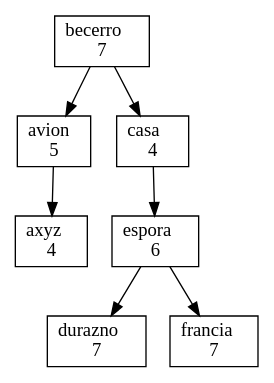
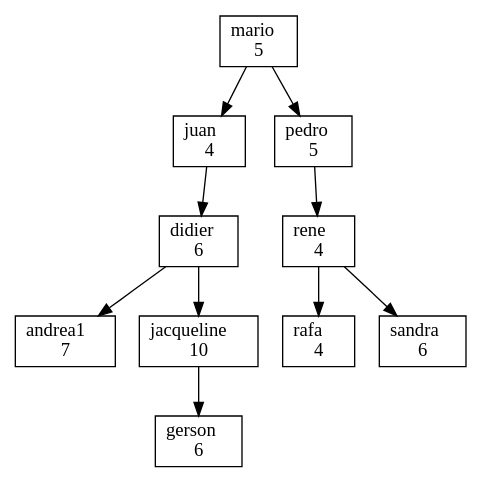
The diagram in EDD_Proyecto1/EDD_Proyecto1/ArbolBinarioBusqueda.dot (elJuanjoRamos/EDD_1S2020_PY1_201801262), drawn with Graphviz before and after one commit. The commit also changed 21 other files, not shown here.

```diff
--- a/EDD_Proyecto1/EDD_Proyecto1/ArbolBinarioBusqueda.dot
+++ b/EDD_Proyecto1/EDD_Proyecto1/ArbolBinarioBusqueda.dot
@@ -1,16 +1,22 @@
 digraph grafica{
 rankdir=TB;node [shape = record, style=filled, fillcolor=white];
-nodo1[ label ="becerro\l7"];
-nodo2[ label ="avion\l5"];
-nodo4 [ label ="axyz\l4"];
-nodo2->nodo4
+nodo1[ label ="mario\l5"];
+nodo3[ label ="juan\l4"];
+nodo4[ label ="didier\l6"];
+nodo9 [ label ="andrea1\l7"];
+nodo4->nodo9
+nodo5[ label ="jacqueline\l10"];
+nodo8 [ label ="gerson\l6"];
+nodo5->nodo8
+nodo4->nodo5
+nodo3->nodo4
+nodo1->nodo3
+nodo2[ label ="pedro\l5"];
+nodo6[ label ="rene\l4"];
+nodo7 [ label ="rafa\l4"];
+nodo6->nodo7
+nodo10 [ label ="sandra\l6"];
+nodo6->nodo10
+nodo2->nodo6
 nodo1->nodo2
-nodo3[ label ="casa\l4"];
-nodo5[ label ="espora\l6"];
-nodo7 [ label ="durazno\l7"];
-nodo5->nodo7
-nodo6 [ label ="francia\l7"];
-nodo5->nodo6
-nodo3->nodo5
-nodo1->nodo3
 }
```
